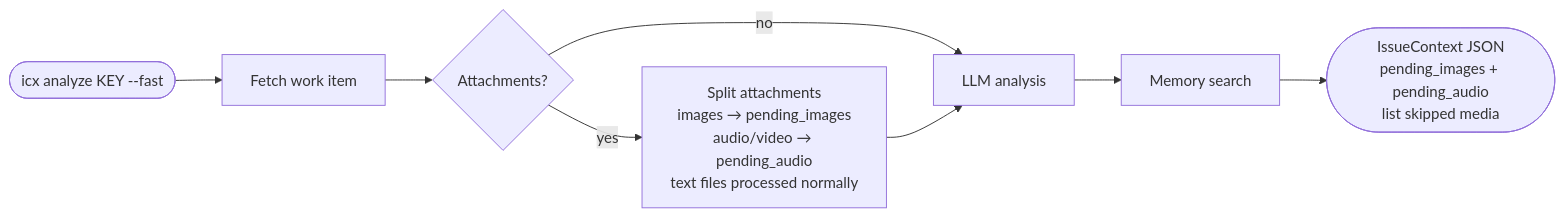
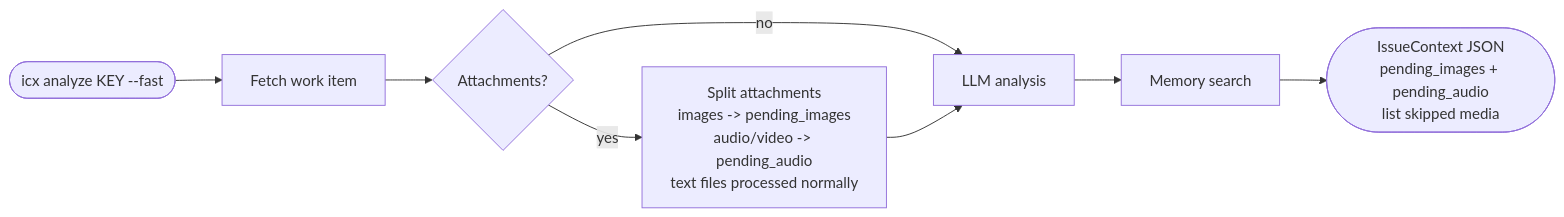
Before and after one commit to althaf-space/icx-engine: the second of 4 diagrams in readme.md, drawn with Mermaid. The commit also changed other lines of this file and 128 other files, not shown here.

````diff
--- a/readme.md
+++ b/readme.md
@@ -70,10 +70,10 @@
 ```mermaid
 flowchart LR
     A([icx analyze KEY --fast]) --> B[Fetch work item]
     B --> C{Attachments?}
-    C -- yes --> D[Split attachments\nimages → pending_images\naudio/video → pending_audio\ntext files processed normally]
+    C -- yes --> D[Split attachments\nimages -> pending_images\naudio/video -> pending_audio\ntext files processed normally]
     C -- no --> E[LLM analysis]
     D --> E
     E --> F[Memory search]
     F --> G([IssueContext JSON\npending_images + pending_audio\nlist skipped media])
 ```
````
